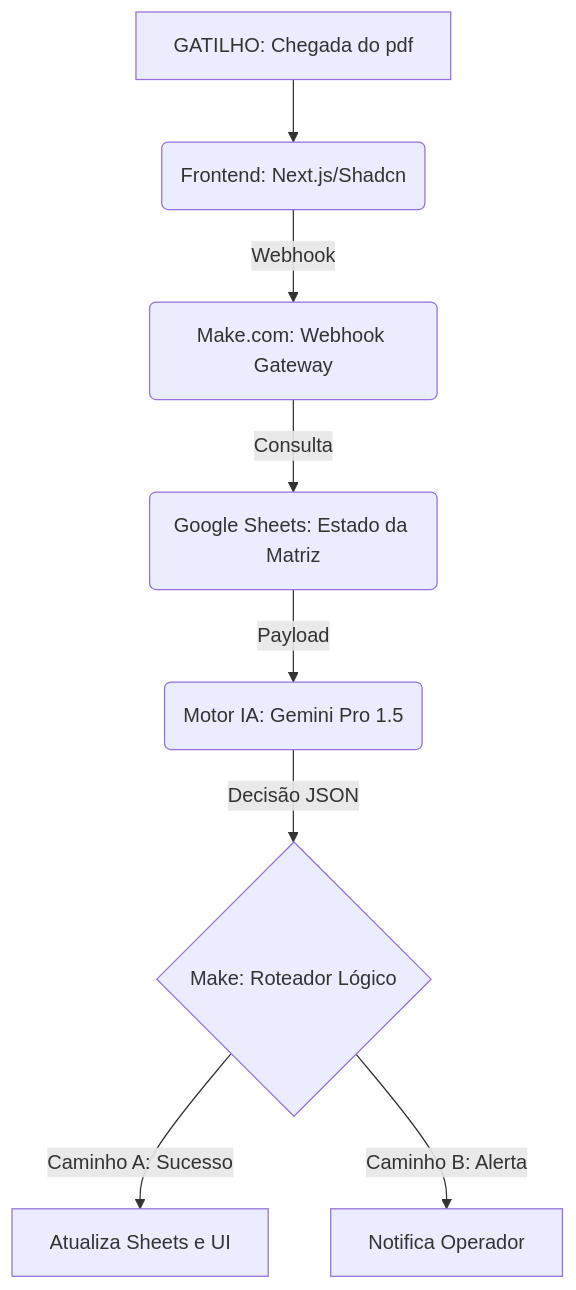
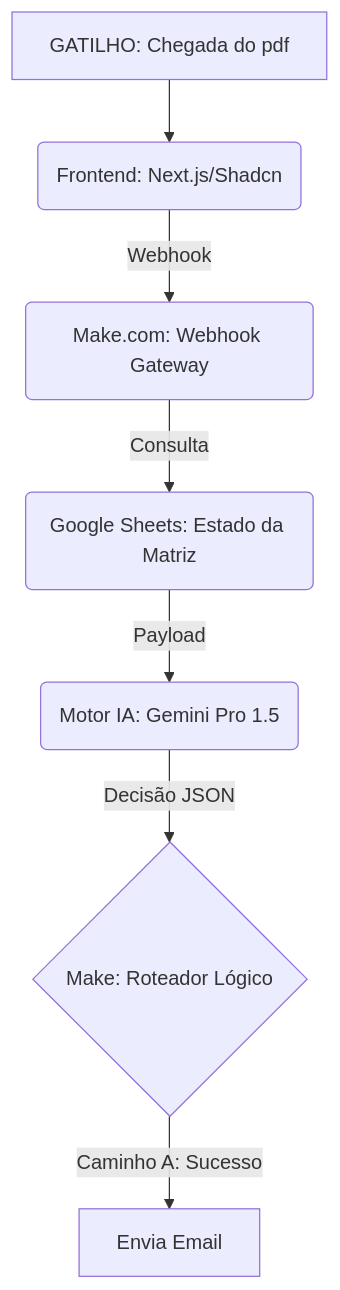
The diagram in README.md (joaosilvateixeira33/shipyard-sync-flow), drawn with Mermaid before and after one commit.

Commit message:
Change success path action to send email
Updated the success path to send an email instead of updating Sheets and notifying the operator.

````diff
--- a/README.md
+++ b/README.md
@@ -26,11 +26,10 @@
 ```mermaid
 graph TD
     A[GATILHO: Chegada do pdf] --> B(Frontend: Next.js/Shadcn)
     B -->|Webhook| C(Make.com: Webhook Gateway)
     C -->|Consulta| D(Google Sheets: Estado da Matriz)
     D -->|Payload| E(Motor IA: Gemini Pro 1.5)
     E -->|Decisão JSON| F{Make: Roteador Lógico}
-    F -->|Caminho A: Sucesso| G[Atualiza Sheets e UI]
-    F -->|Caminho B: Alerta| H[Notifica Operador]
+    F -->|Caminho A: Sucesso| G[Envia Email]
 
 ```
````
